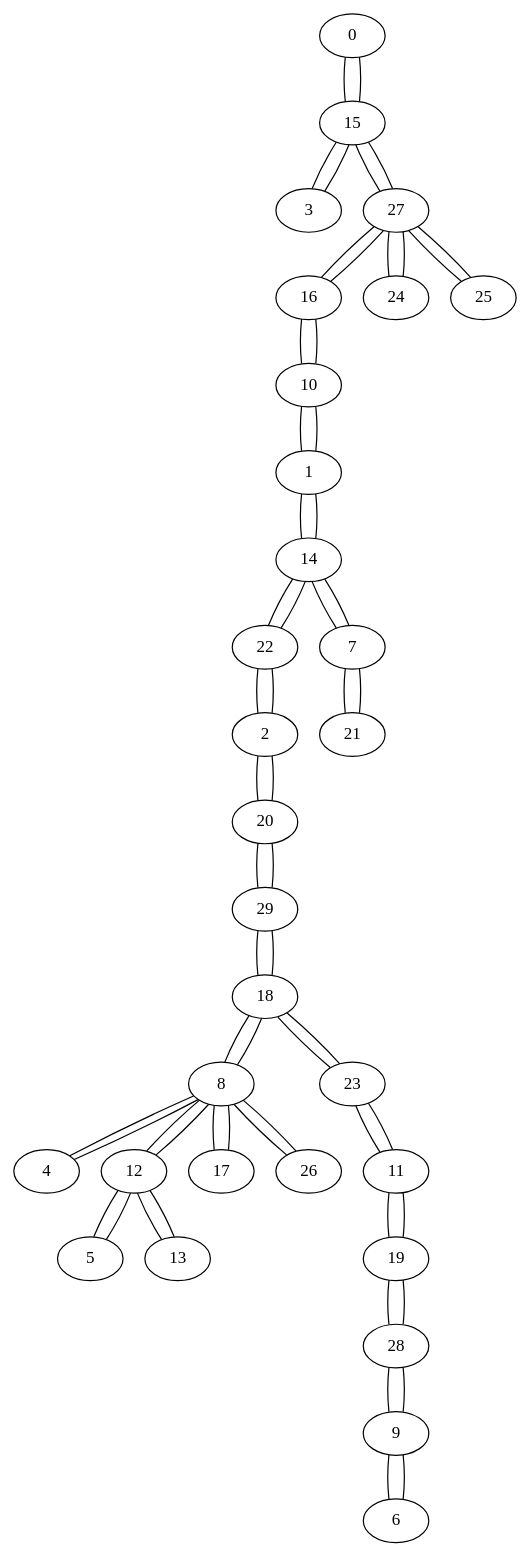
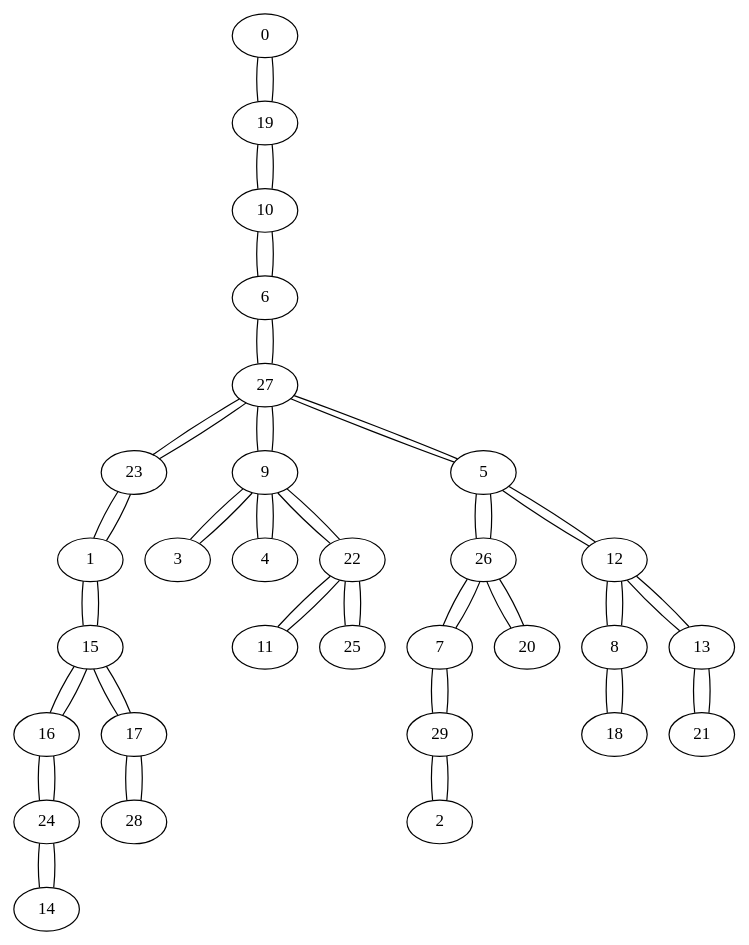
Before and after one commit to chrisalmonte/P-Grafos: the diagram in grafos/Gilbert/gilbert_pocos_kruskalI.gv, drawn with Graphviz. The commit also changed 10 other files, not shown here.

```diff
--- a/grafos/Gilbert/gilbert_pocos_kruskalI.gv
+++ b/grafos/Gilbert/gilbert_pocos_kruskalI.gv
@@ -1,60 +1,60 @@
 graph {
-0 -- 15 [ distancia=1 ]
-1 -- 10 [ distancia=1 ]
-1 -- 14 [ distancia=1 ]
-2 -- 20 [ distancia=1 ]
-2 -- 22 [ distancia=1 ]
-3 -- 15 [ distancia=4 ]
-4 -- 8 [ distancia=2 ]
-5 -- 12 [ distancia=1 ]
-6 -- 9 [ distancia=3 ]
-7 -- 14 [ distancia=2 ]
-7 -- 21 [ distancia=5 ]
-8 -- 12 [ distancia=1 ]
-8 -- 17 [ distancia=1 ]
-8 -- 18 [ distancia=1 ]
-8 -- 26 [ distancia=1 ]
-8 -- 4 [ distancia=2 ]
-9 -- 28 [ distancia=2 ]
-9 -- 6 [ distancia=3 ]
-10 -- 1 [ distancia=1 ]
-10 -- 16 [ distancia=1 ]
-11 -- 19 [ distancia=1 ]
-11 -- 23 [ distancia=1 ]
-12 -- 5 [ distancia=1 ]
-12 -- 8 [ distancia=1 ]
-12 -- 13 [ distancia=3 ]
-13 -- 12 [ distancia=3 ]
-14 -- 1 [ distancia=1 ]
-14 -- 22 [ distancia=1 ]
-14 -- 7 [ distancia=2 ]
-15 -- 0 [ distancia=1 ]
-15 -- 27 [ distancia=1 ]
-15 -- 3 [ distancia=4 ]
-16 -- 10 [ distancia=1 ]
-16 -- 27 [ distancia=4 ]
-17 -- 8 [ distancia=1 ]
-18 -- 8 [ distancia=1 ]
-18 -- 23 [ distancia=2 ]
-18 -- 29 [ distancia=2 ]
-19 -- 11 [ distancia=1 ]
-19 -- 28 [ distancia=1 ]
-20 -- 2 [ distancia=1 ]
-20 -- 29 [ distancia=1 ]
-21 -- 7 [ distancia=5 ]
-22 -- 2 [ distancia=1 ]
-22 -- 14 [ distancia=1 ]
-23 -- 11 [ distancia=1 ]
-23 -- 18 [ distancia=2 ]
-24 -- 27 [ distancia=2 ]
-25 -- 27 [ distancia=4 ]
-26 -- 8 [ distancia=1 ]
-27 -- 15 [ distancia=1 ]
-27 -- 24 [ distancia=2 ]
-27 -- 16 [ distancia=4 ]
-27 -- 25 [ distancia=4 ]
-28 -- 19 [ distancia=1 ]
-28 -- 9 [ distancia=2 ]
-29 -- 20 [ distancia=1 ]
-29 -- 18 [ distancia=2 ]
+0 -- 19 [ distancia=3 ]
+1 -- 23 [ distancia=1 ]
+1 -- 15 [ distancia=2 ]
+2 -- 29 [ distancia=2 ]
+3 -- 9 [ distancia=2 ]
+4 -- 9 [ distancia=3 ]
+5 -- 26 [ distancia=1 ]
+5 -- 12 [ distancia=2 ]
+5 -- 27 [ distancia=2 ]
+6 -- 10 [ distancia=3 ]
+6 -- 27 [ distancia=3 ]
+7 -- 26 [ distancia=1 ]
+7 -- 29 [ distancia=1 ]
+8 -- 12 [ distancia=2 ]
+8 -- 18 [ distancia=3 ]
+9 -- 22 [ distancia=1 ]
+9 -- 3 [ distancia=2 ]
+9 -- 4 [ distancia=3 ]
+9 -- 27 [ distancia=3 ]
+10 -- 6 [ distancia=3 ]
+10 -- 19 [ distancia=3 ]
+11 -- 22 [ distancia=3 ]
+12 -- 5 [ distancia=2 ]
+12 -- 8 [ distancia=2 ]
+12 -- 13 [ distancia=2 ]
+13 -- 21 [ distancia=1 ]
+13 -- 12 [ distancia=2 ]
+14 -- 24 [ distancia=6 ]
+15 -- 1 [ distancia=2 ]
+15 -- 16 [ distancia=2 ]
+15 -- 17 [ distancia=3 ]
+16 -- 15 [ distancia=2 ]
+16 -- 24 [ distancia=4 ]
+17 -- 15 [ distancia=3 ]
+17 -- 28 [ distancia=4 ]
+18 -- 8 [ distancia=3 ]
+19 -- 0 [ distancia=3 ]
+19 -- 10 [ distancia=3 ]
+20 -- 26 [ distancia=1 ]
+21 -- 13 [ distancia=1 ]
+22 -- 9 [ distancia=1 ]
+22 -- 25 [ distancia=2 ]
+22 -- 11 [ distancia=3 ]
+23 -- 1 [ distancia=1 ]
+23 -- 27 [ distancia=1 ]
+24 -- 16 [ distancia=4 ]
+24 -- 14 [ distancia=6 ]
+25 -- 22 [ distancia=2 ]
+26 -- 5 [ distancia=1 ]
+26 -- 7 [ distancia=1 ]
+26 -- 20 [ distancia=1 ]
+27 -- 23 [ distancia=1 ]
+27 -- 5 [ distancia=2 ]
+27 -- 6 [ distancia=3 ]
+27 -- 9 [ distancia=3 ]
+28 -- 17 [ distancia=4 ]
+29 -- 7 [ distancia=1 ]
+29 -- 2 [ distancia=2 ]
 }
```
